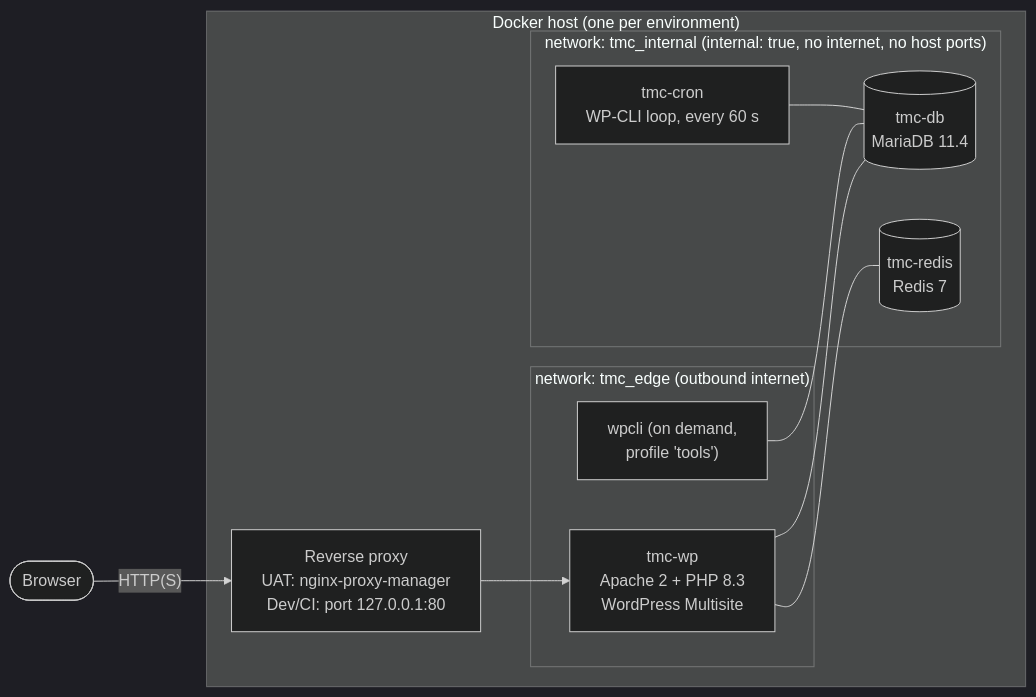
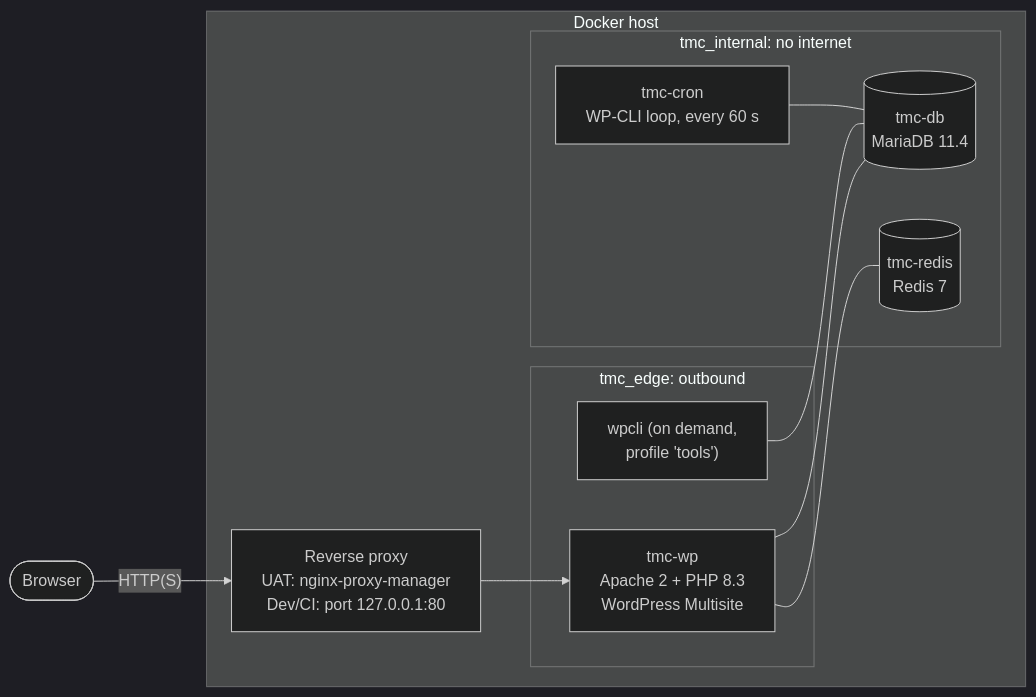
Before and after one commit to aryanpatel-ctrl/tmc-website: the third of 6 diagrams in docs/architecture/system-architecture.md, drawn with Mermaid (dark theme). The commit also changed other lines of this file and 5 other files, not shown here.

Commit message:
docs: DOCX/PDF documentation build (pandoc filter and converter); architecture document updates

````diff
--- a/docs/architecture/system-architecture.md
+++ b/docs/architecture/system-architecture.md
@@ -134,20 +134,20 @@
 ```mermaid
 flowchart LR
-    subgraph host["Docker host (one per environment)"]
-        subgraph edge["network: tmc_edge (outbound internet)"]
+    subgraph host["Docker host"]
+        subgraph edge["tmc_edge: outbound"]
             wp["tmc-wp<br/>Apache 2 + PHP 8.3<br/>WordPress Multisite"]
             cli["wpcli (on demand,<br/>profile 'tools')"]
         end
-        subgraph internal["network: tmc_internal (internal: true, no internet, no host ports)"]
+        subgraph internal["tmc_internal: no internet"]
             db[("tmc-db<br/>MariaDB 11.4")]
             redis[("tmc-redis<br/>Redis 7")]
             cron["tmc-cron<br/>WP-CLI loop, every 60 s"]
         end
         proxy["Reverse proxy<br/>UAT: nginx-proxy-manager<br/>Dev/CI: port 127.0.0.1:80"]
     end
     user(["Browser"]) -- "HTTP(S)" --> proxy --> wp
     wp --- db
     wp --- redis
     cli --- db
     cron --- db
 ```
````
